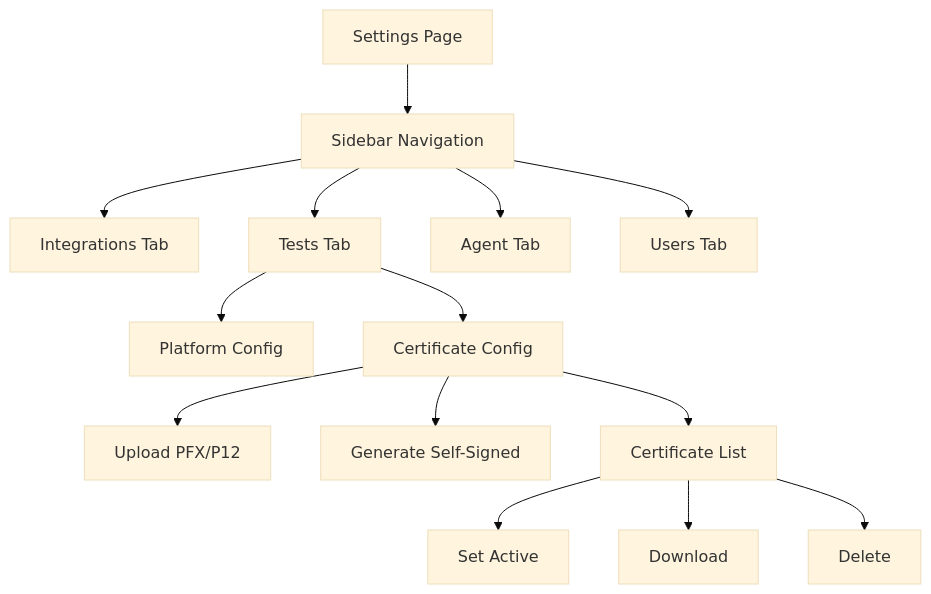
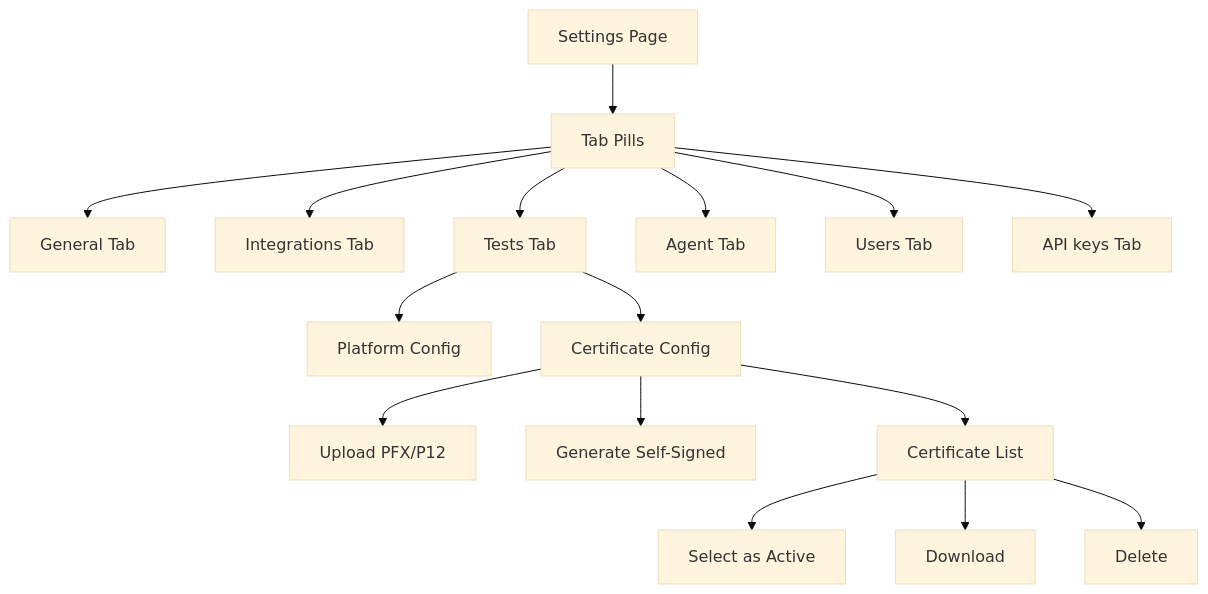
The diagram in wiki/docs/user-guide/settings/certificates.md (projectachilles/ProjectAchilles), drawn with Mermaid (base theme) before and after one commit. The commit also changed other lines of this file and 136 other files, not shown here.

````diff
--- a/wiki/docs/user-guide/settings/certificates.md
+++ b/wiki/docs/user-guide/settings/certificates.md
@@ -59,18 +59,20 @@
 ```mermaid
 graph TD
-    A[Settings Page] --> B[Sidebar Navigation]
+    A[Settings Page] --> B[Tab Pills]
+    B --> O[General Tab]
     B --> C[Integrations Tab]
     B --> D[Tests Tab]
     B --> E[Agent Tab]
     B --> F[Users Tab]
+    B --> P[API keys Tab]
 
     D --> G[Platform Config]
     D --> H[Certificate Config]
 
     H --> I[Upload PFX/P12]
     H --> J[Generate Self-Signed]
     H --> K[Certificate List]
-    K --> L[Set Active]
+    K --> L[Select as Active]
     K --> M[Download]
     K --> N[Delete]
 ```
````
